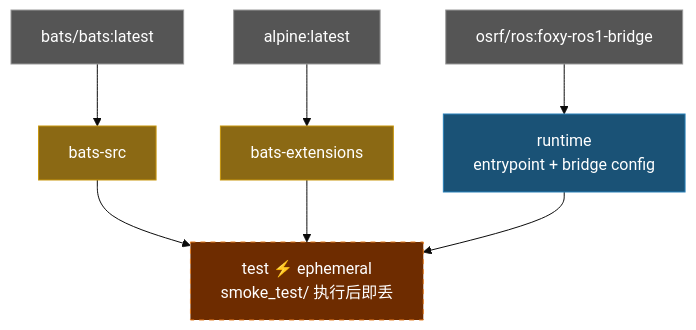
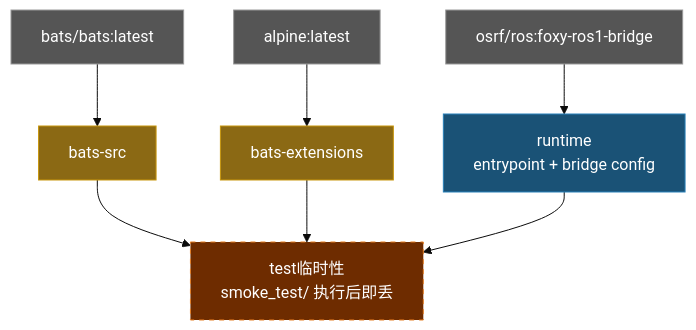
One commit to ycpss91255-docker/ros1_bridge changed the diagram in doc/README.zh-CN.md. Above: the diagram before and after it, drawn with Mermaid (base theme). The commit also changed 3 other files, not shown here.

Commit message:
docs: remove ⚡ emoji and translate ephemeral in architecture diagrams

````diff
--- a/doc/README.zh-CN.md
+++ b/doc/README.zh-CN.md
@@ -99,20 +99,20 @@
 ```mermaid
 graph TD
     EXT1["bats/bats:latest"]:::external
     EXT2["alpine:latest"]:::external
     EXT3["osrf/ros:foxy-ros1-bridge"]:::external
 
     EXT1 --> bats-src["bats-src"]:::tool
     EXT2 --> bats-ext["bats-extensions"]:::tool
 
     EXT3 --> runtime["runtime\nentrypoint + bridge config"]:::stage
 
-    bats-src --> test["test  ⚡ ephemeral\nsmoke_test/ 执行后即丢"]:::ephemeral
+    bats-src --> test["test临时性\nsmoke_test/ 执行后即丢"]:::ephemeral
     bats-ext --> test
     runtime --> test
 
     classDef external fill:#555,color:#fff,stroke:#999
     classDef tool fill:#8B6914,color:#fff,stroke:#c8960c
     classDef stage fill:#1a5276,color:#fff,stroke:#2980b9
     classDef ephemeral fill:#6e2c00,color:#fff,stroke:#e67e22,stroke-dasharray:5 5
 ```
````
